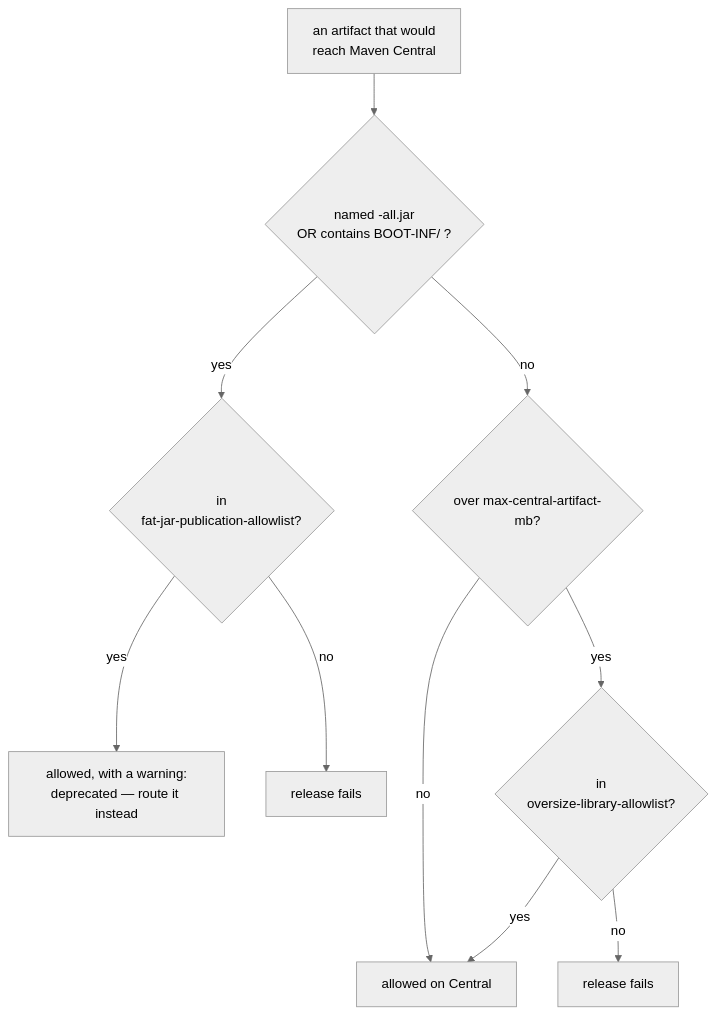
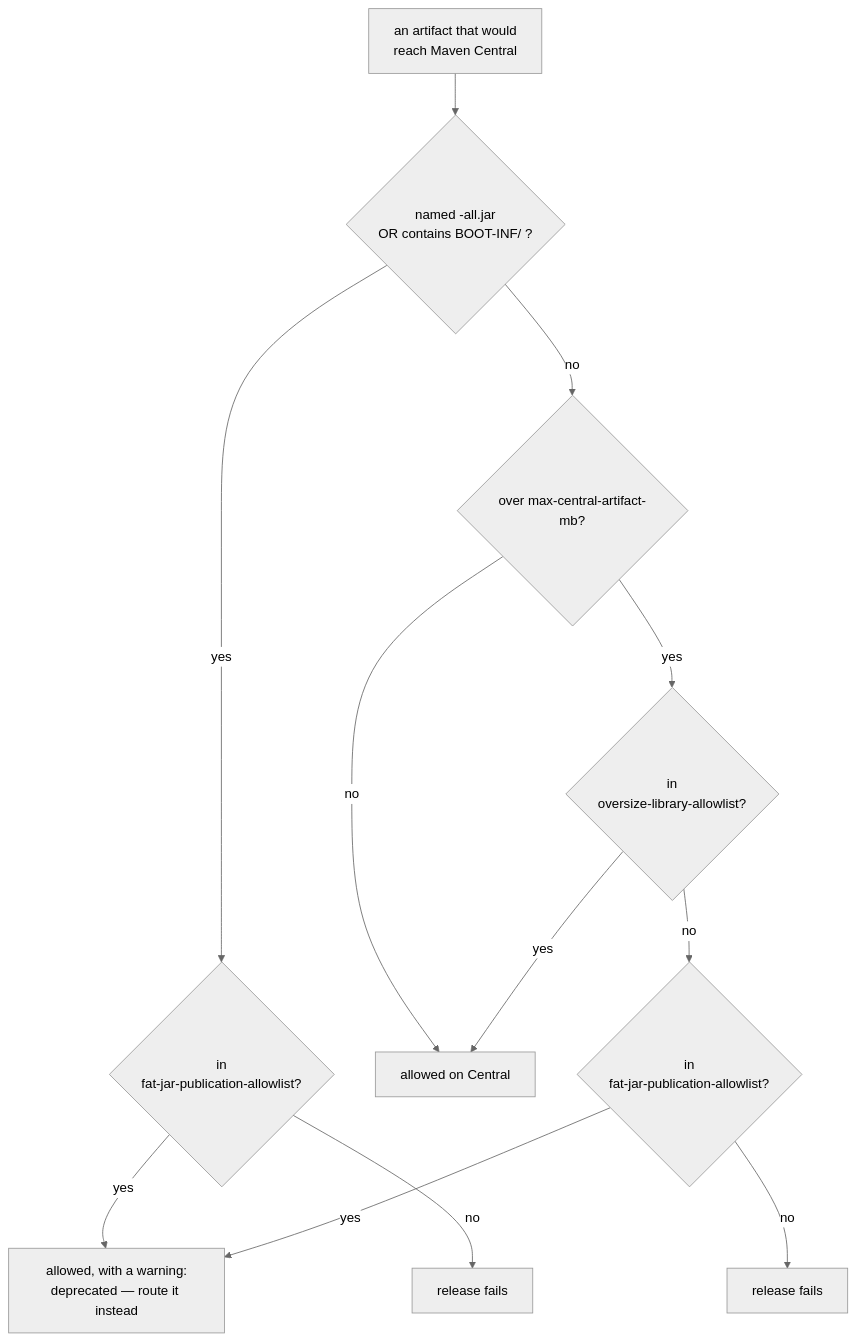
Before and after one commit to octopusden/octopus-base: the first of 2 diagrams in docs/Octopus Developer Guide.md, drawn with Mermaid (neutral theme). The commit also changed 1 other file, not shown here.

Commit message:
docs(guide): show that the deprecated list waives size too
The guard's decision diagram sent an oversized artifact that trips no name
rule to "release fails" unless it was in oversize-library-allowlist. The
guard also accepts it from fat-jar-publication-allowlist, which is exactly
why that list cannot be precise — and the prose two paragraphs below already
said so, so the diagram contradicted both the code and its own page.

The branch was untested, which is how it drifted. Asserted now, and the
assertion fails if the waiver is removed from the guard.

````diff
--- a/docs/Octopus Developer Guide.md
+++ b/docs/Octopus Developer Guide.md
@@ -276,12 +276,14 @@
 ```mermaid
 flowchart TD
     A["an artifact that would<br/>reach Maven Central"] --> K1{"named -all.jar<br/>OR contains BOOT-INF/ ?"}
     K1 -->|yes| EXF{"in<br/>fat-jar-publication-allowlist?"}
     EXF -->|yes| WARN["allowed, with a warning:<br/>deprecated — route it instead"]
     EXF -->|no| FAILF["release fails"]
     K1 -->|no| K2{"over max-central-artifact-mb?"}
     K2 -->|no| OK["allowed on Central"]
     K2 -->|yes| EXO{"in<br/>oversize-library-allowlist?"}
     EXO -->|yes| OK
-    EXO -->|no| FAILO["release fails"]
+    EXO -->|no| EXF2{"in<br/>fat-jar-publication-allowlist?"}
+    EXF2 -->|yes| WARN
+    EXF2 -->|no| FAILO["release fails"]
 ```
````
